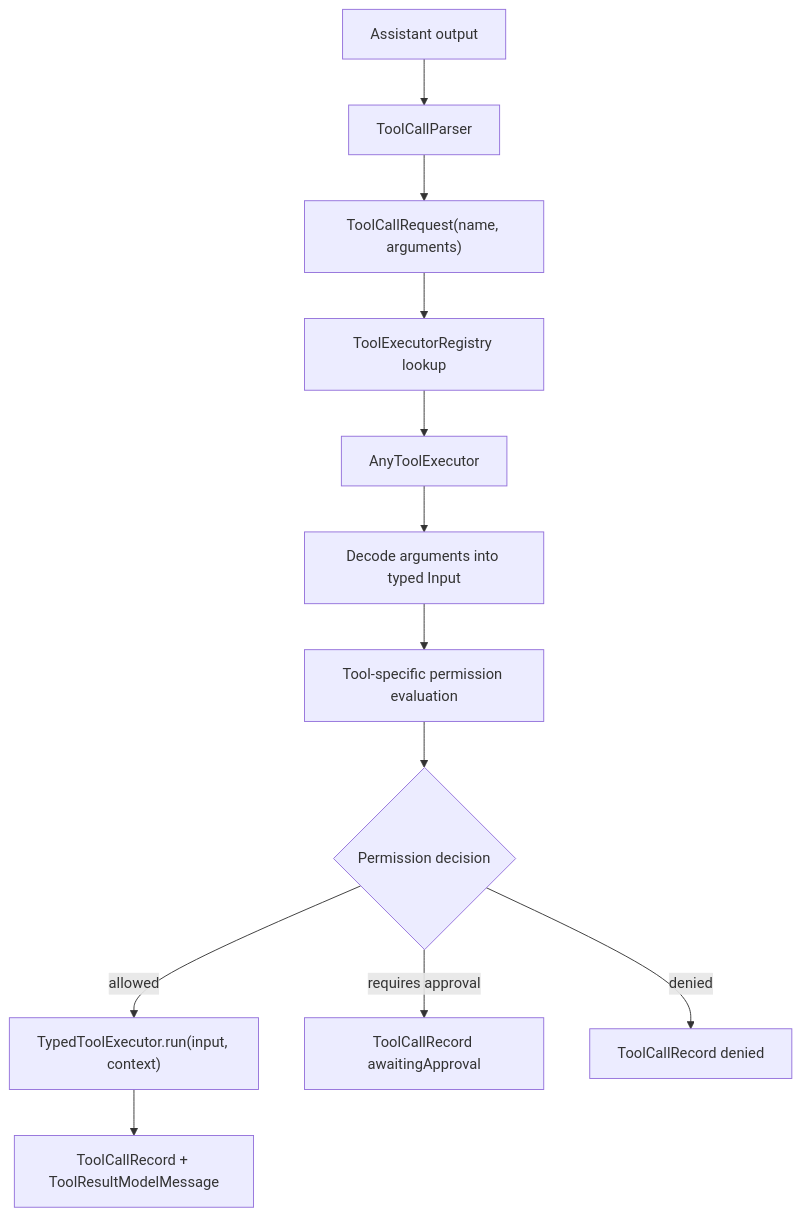
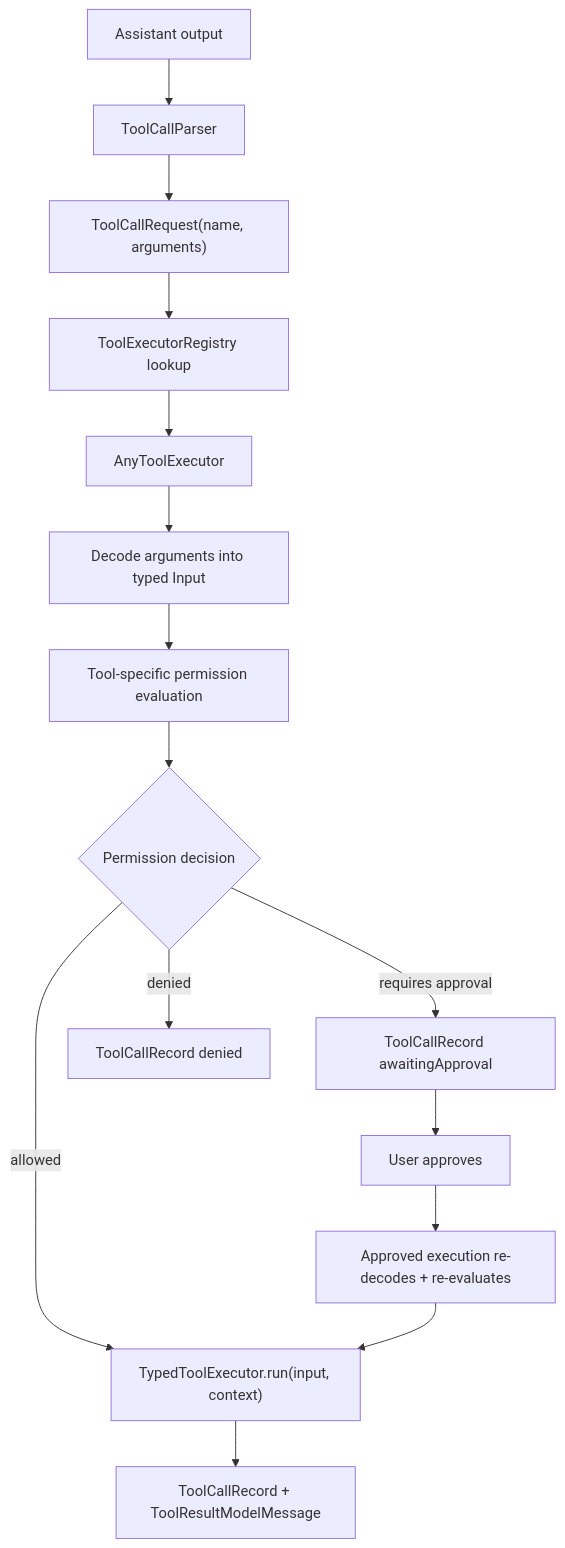
The diagram in docs/tool-runtime.md (ngutech21/sumika-chat), drawn with Mermaid before and after one commit. The commit also changed other lines of this file and 20 other files, not shown here.

````diff
--- a/docs/tool-runtime.md
+++ b/docs/tool-runtime.md
@@ -10,14 +10,17 @@
 ```mermaid
 flowchart TD
   A["Assistant output"] --> B["ToolCallParser"]
   B --> C["ToolCallRequest(name, arguments)"]
   C --> D["ToolExecutorRegistry lookup"]
   D --> E["AnyToolExecutor"]
   E --> F["Decode arguments into typed Input"]
   F --> G["Tool-specific permission evaluation"]
   G --> H{"Permission decision"}
   H -- "allowed" --> I["TypedToolExecutor.run(input, context)"]
   H -- "requires approval" --> J["ToolCallRecord awaitingApproval"]
   H -- "denied" --> K["ToolCallRecord denied"]
   I --> L["ToolCallRecord + ToolResultModelMessage"]
+  J --> M["User approves"]
+  M --> N["Approved execution re-decodes + re-evaluates"]
+  N --> I
 ```
````
